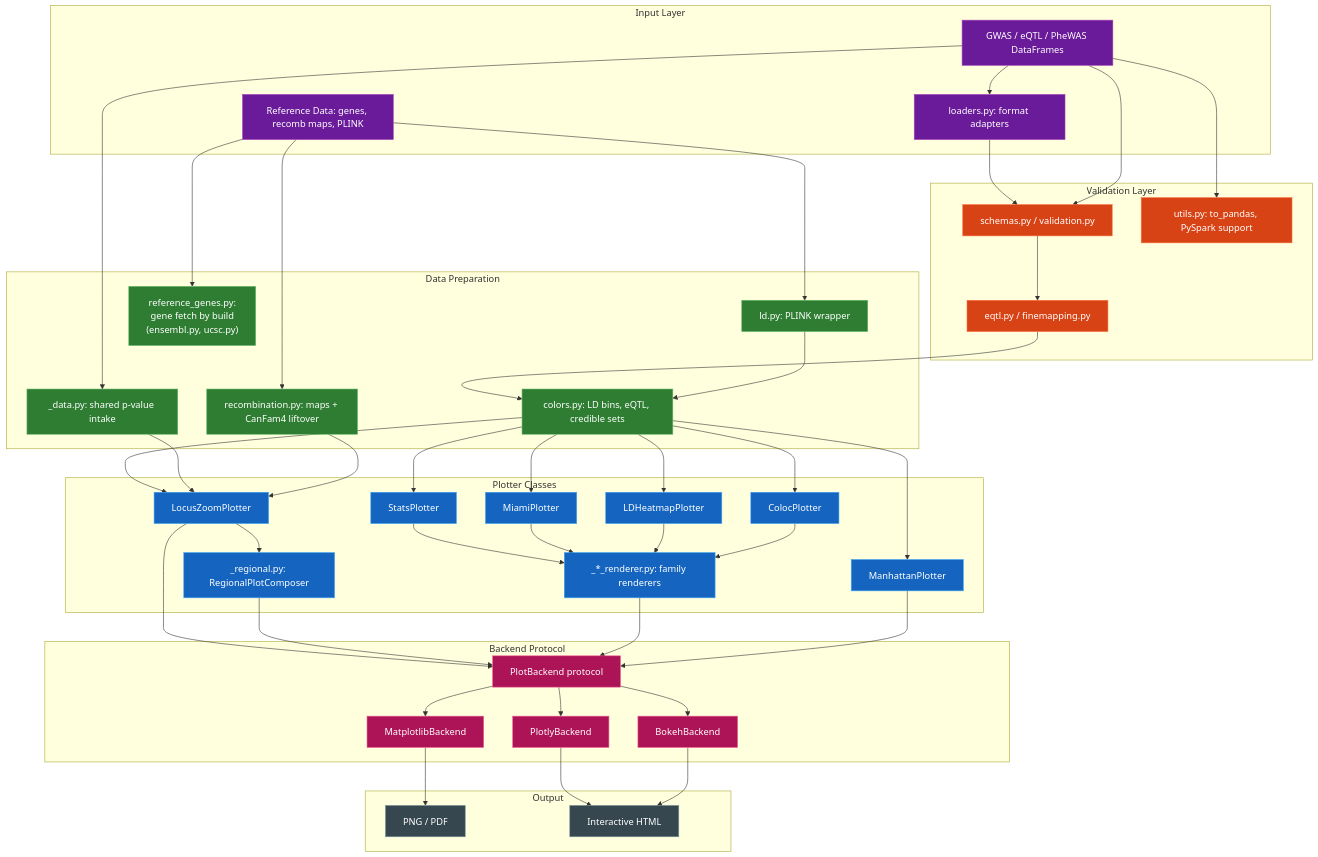
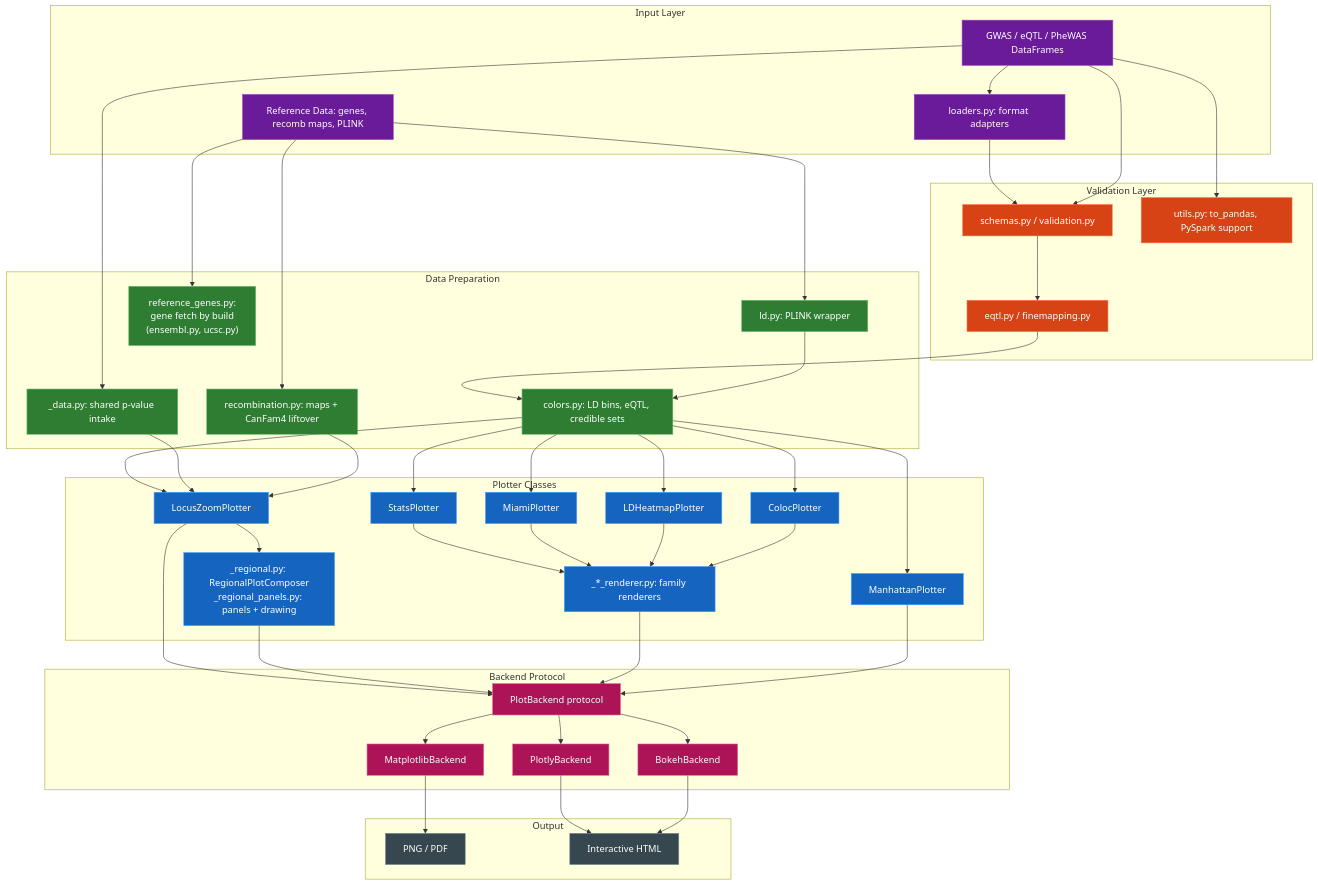
One commit to michael-denyer/pyLocusZoom changed the diagram in docs/ARCHITECTURE.md. Above: the diagram before and after it, drawn with Mermaid. The commit also changed other lines of this file and 23 other files, not shown here.

```diff
--- a/docs/ARCHITECTURE.md
+++ b/docs/ARCHITECTURE.md
@@ -40,7 +40,7 @@
 
     subgraph Plotters["Plotter Classes"]
         LZ[LocusZoomPlotter]
-        REGIONAL[_regional.py: RegionalPlotComposer]
+        REGIONAL["_regional.py: RegionalPlotComposer<br/>_regional_panels.py: panels + drawing"]
         FAMILIES[_*_renderer.py: family renderers]
         MP[ManhattanPlotter]
         SP[StatsPlotter]
```
